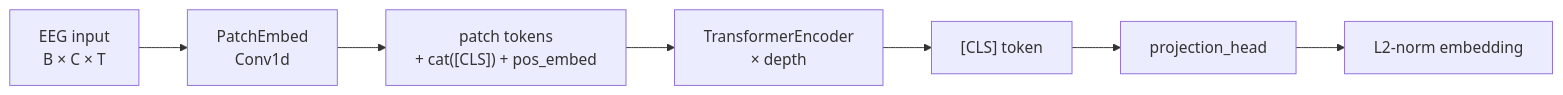
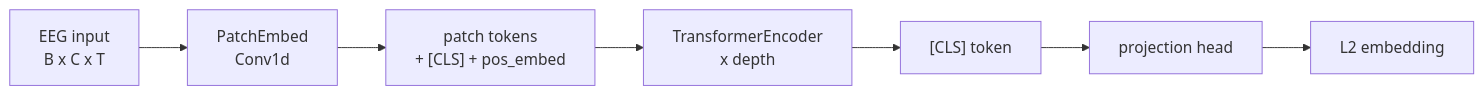
One commit to RTae/SUPA-EEG changed the second of 5 diagrams in README.md. Above: the diagram before and after it, drawn with Mermaid. The commit also changed other lines of this file and 3 other files, not shown here.

````diff
--- a/README.md
+++ b/README.md
@@ -148,9 +213,9 @@
 ```mermaid
 flowchart LR
-    A["EEG input\nB × C × T"] --> B["PatchEmbed\nConv1d"]
-    B --> C["patch tokens\n+ cat([CLS]) + pos_embed"]
-    C --> D["TransformerEncoder\n× depth"]
+    A["EEG input\nB x C x T"] --> B["PatchEmbed\nConv1d"]
+    B --> C["patch tokens\n+ [CLS] + pos_embed"]
+    C --> D["TransformerEncoder\nx depth"]
     D --> E["[CLS] token"]
-    E --> F["projection_head"]
-    F --> G["L2-norm embedding"]
+    E --> F["projection head"]
+    F --> G["L2 embedding"]
 ```
````
